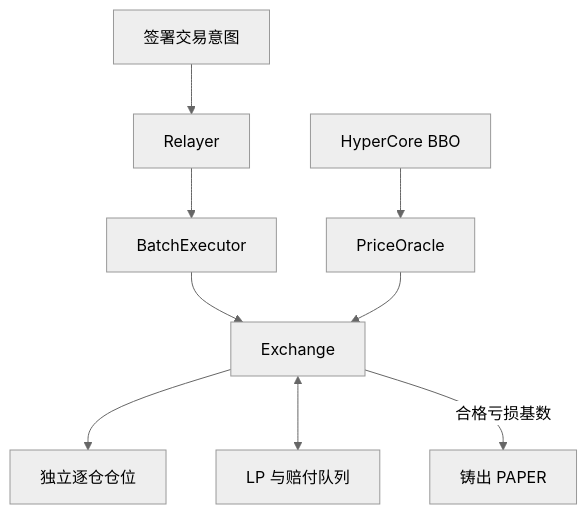
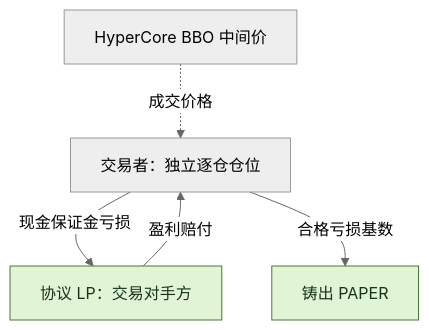
Before and after one commit to KoNit-K/papertrade-lab: the first of 2 diagrams in README.zh-CN.md, drawn with Mermaid (neutral theme). The commit also changed other lines of this file and 1 other file, not shown here.

Commit message:
docs: refocus readmes on trading costs and PAPER dividends

````diff
--- a/README.zh-CN.md
+++ b/README.zh-CN.md
@@ -42,11 +60,9 @@
 ```mermaid
 flowchart TB
-    Intent[签署交易意图] --> Relayer[Relayer]
-    Relayer --> Batch[BatchExecutor]
-    Batch --> Exchange[Exchange]
-    BBO[HyperCore BBO] --> Oracle[PriceOracle]
-    Oracle --> Exchange
-    Exchange --> Position[独立逐仓仓位]
-    Exchange <--> Pool[LP 与赔付队列]
-    Exchange -->|合格亏损基数| PAPER[铸出 PAPER]
+    Price[HyperCore BBO 中间价] -.->|成交价格| Trader[交易者：独立逐仓仓位]
+    Trader -->|现金保证金亏损| Pool[协议 LP：交易对手方]
+    Pool -->|盈利赔付| Trader
+    Trader -->|合格亏损基数| PAPER[铸出 PAPER]
+    classDef accent fill:#e1f4d5,stroke:#477a35,color:#18351b
+    class Pool,PAPER accent
 ```
````
